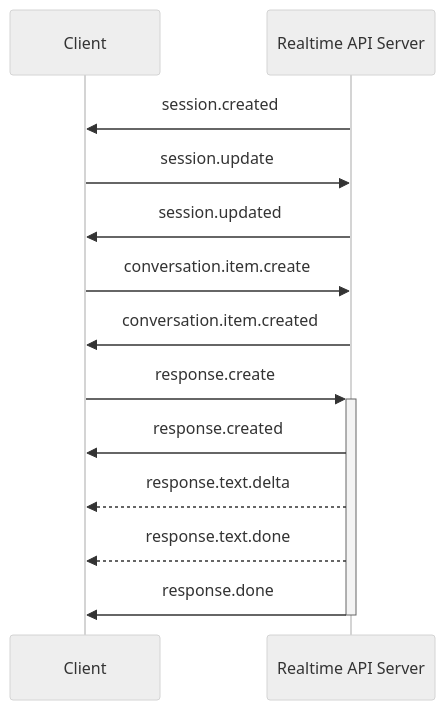
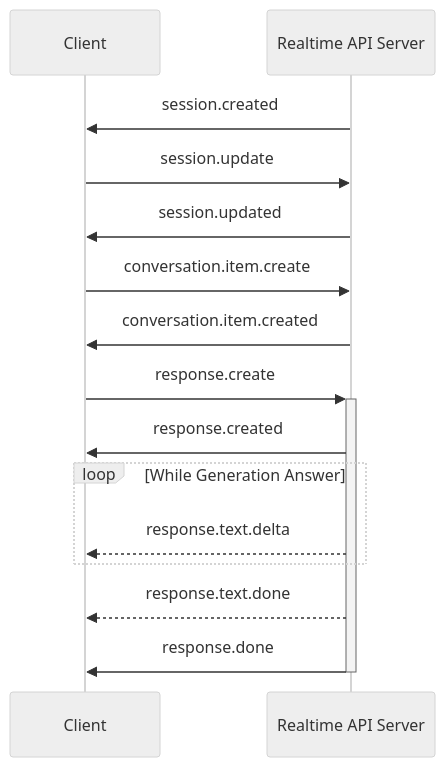
The diagram in README.md (basshbj/realtime-api-practice), drawn with Mermaid (neutral theme) before and after one commit.

````diff
--- a/README.md
+++ b/README.md
@@ -64,17 +64,19 @@
 ```mermaid
 sequenceDiagram
   participant C as Client
   participant S as Realtime API Server
 
   S ->> C: session.created
   C ->> S: session.update
   S ->> C: session.updated
   C ->> S: conversation.item.create
   S ->> C: conversation.item.created
   C ->>+ S: response.create
   S ->> C: response.created
-  S -->> C: response.text.delta
+  loop While Generation Answer
+    S -->> C: response.text.delta
+  end
   S -->> C: response.text.done
   S ->>- C: response.done
 
 ```
````
